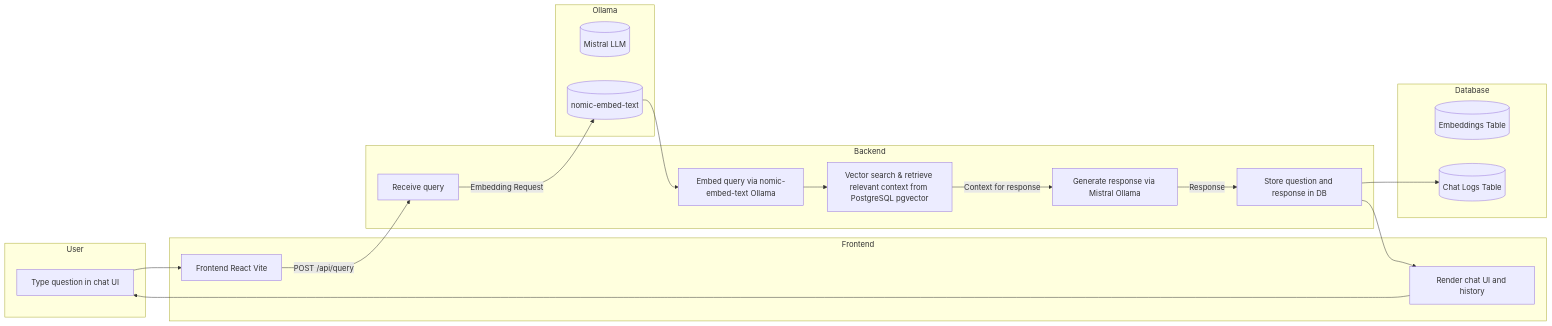
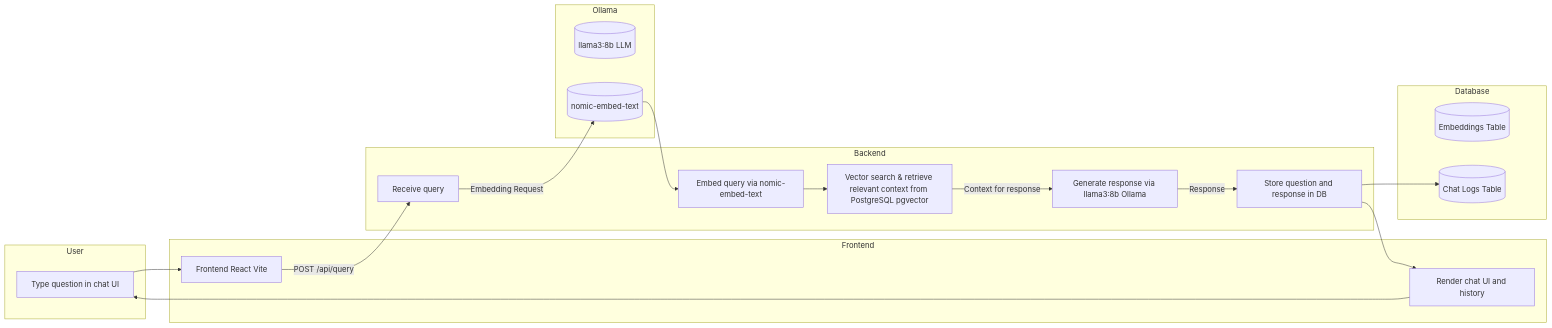
Before and after one commit to miwgu/Chat-with-AI-Using-RAG: the diagram in README.md, drawn with Mermaid.

````diff
--- a/README.md
+++ b/README.md
@@ -52,48 +52,48 @@
 ```mermaid
 flowchart LR
     %% User
     subgraph User
         A1[Type question in chat UI]
     end
 
     %% Frontend
     subgraph Frontend
         A2[Frontend React Vite]
         A3[Render chat UI and history]
     end
 
     %% Backend
     subgraph Backend
         B1[Receive query]
-        B2[Embed query via nomic-embed-text Ollama]
+        B2[Embed query via nomic-embed-text]
         B3[Vector search & retrieve relevant context from PostgreSQL pgvector]
-        B4[Generate response via Mistral Ollama]
+        B4[Generate response via llama3:8b Ollama]
         B5[Store question and response in DB]
     end
 
     %% Database
     subgraph Database
         D1[(Embeddings Table)]
         D2[(Chat Logs Table)]
     end
 
     %% Ollama
     subgraph Ollama
-        O1[(Mistral LLM)]
+        O1[(llama3:8b LLM)]
         O2[(nomic-embed-text)]
     end
 
     %% Connections
     A1 --> A2
     A2 -->|POST /api/query| B1
     B1 -->|Embedding Request| O2
     O2 --> B2
     B2 --> B3
     B3 -->|Context for response| B4
     B4 -->|Response| B5
     B5 --> D2
     B5 --> A3
     A3 --> A1
 
 
 ```
````
